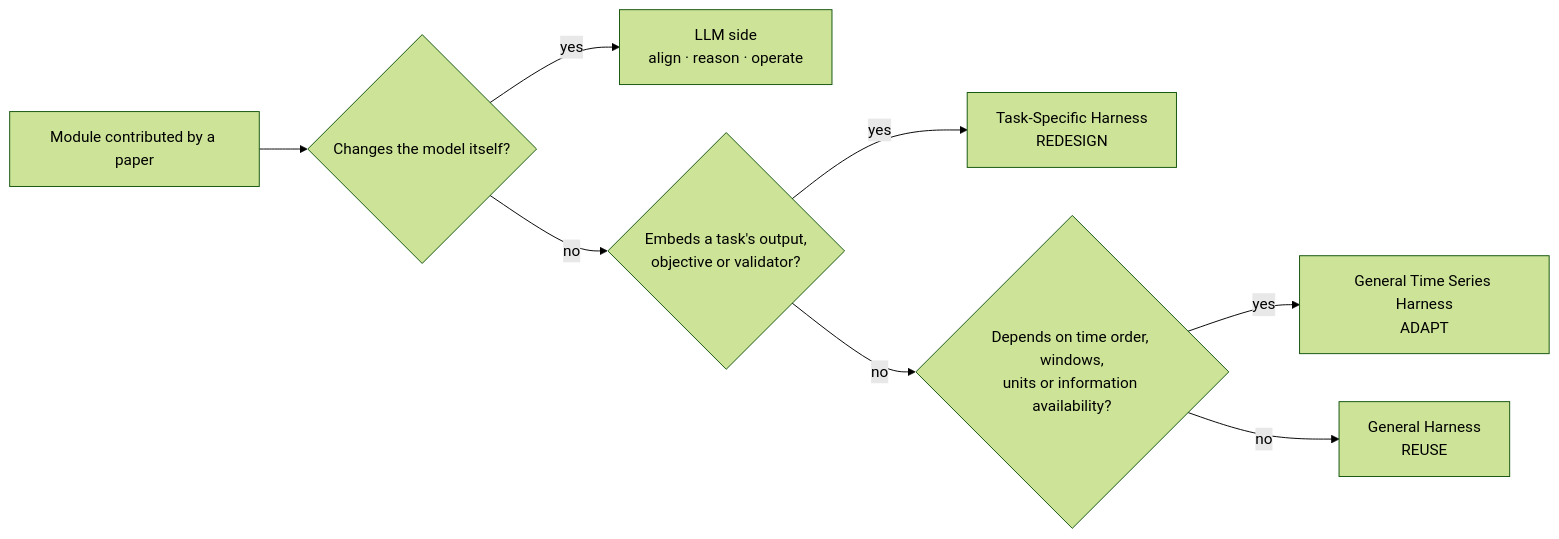
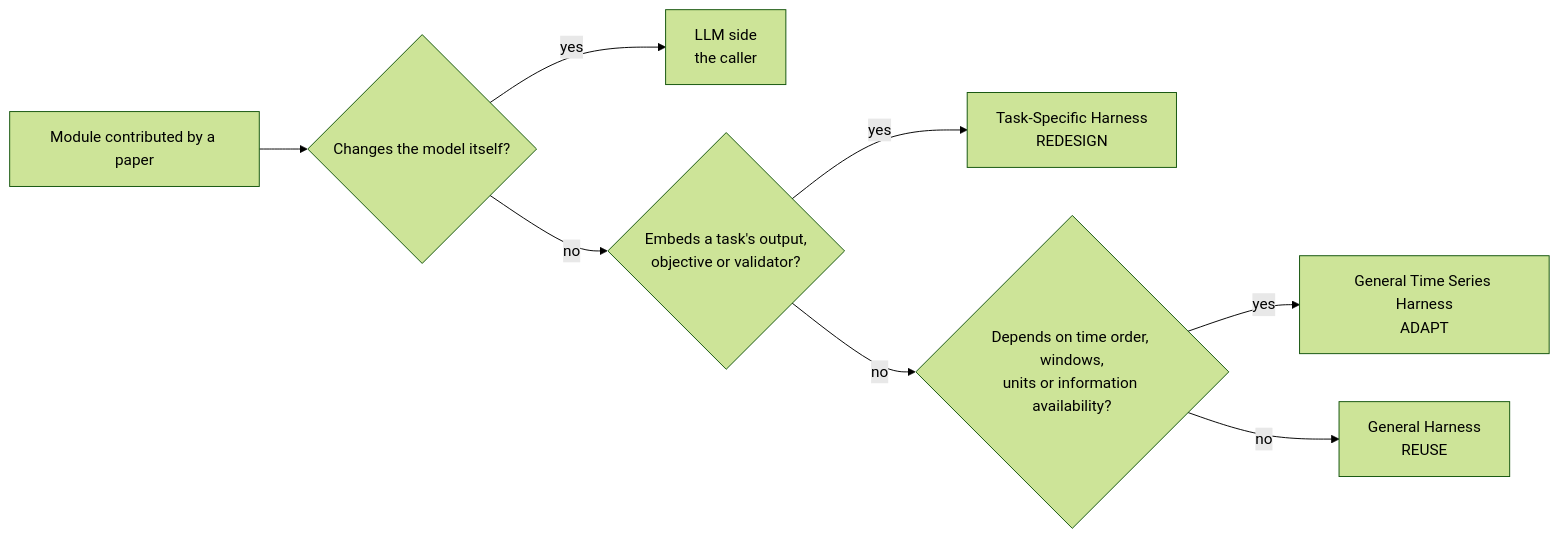
Before and after one commit to Minions-Land/Time-Series-Agents-Survey: the diagram in README.md, drawn with Mermaid (forest theme). The commit also changed other lines of this file and 24 other files, not shown here.

````diff
--- a/README.md
+++ b/README.md
@@ -64,10 +64,10 @@
 ```mermaid
 flowchart LR
     M["Module contributed by a paper"] --> Q0{"Changes the model itself?"}
-    Q0 -- yes --> LLM["LLM side<br/>align · reason · operate"]
+    Q0 -- yes --> LLM["LLM side<br/>the caller"]
     Q0 -- no --> Q1{"Embeds a task's output,<br/>objective or validator?"}
     Q1 -- yes --> TSK["Task-Specific Harness<br/>REDESIGN"]
     Q1 -- no --> Q2{"Depends on time order, windows,<br/>units or information availability?"}
     Q2 -- yes --> GTS["General Time Series Harness<br/>ADAPT"]
     Q2 -- no --> GH["General Harness<br/>REUSE"]
 ```
````
